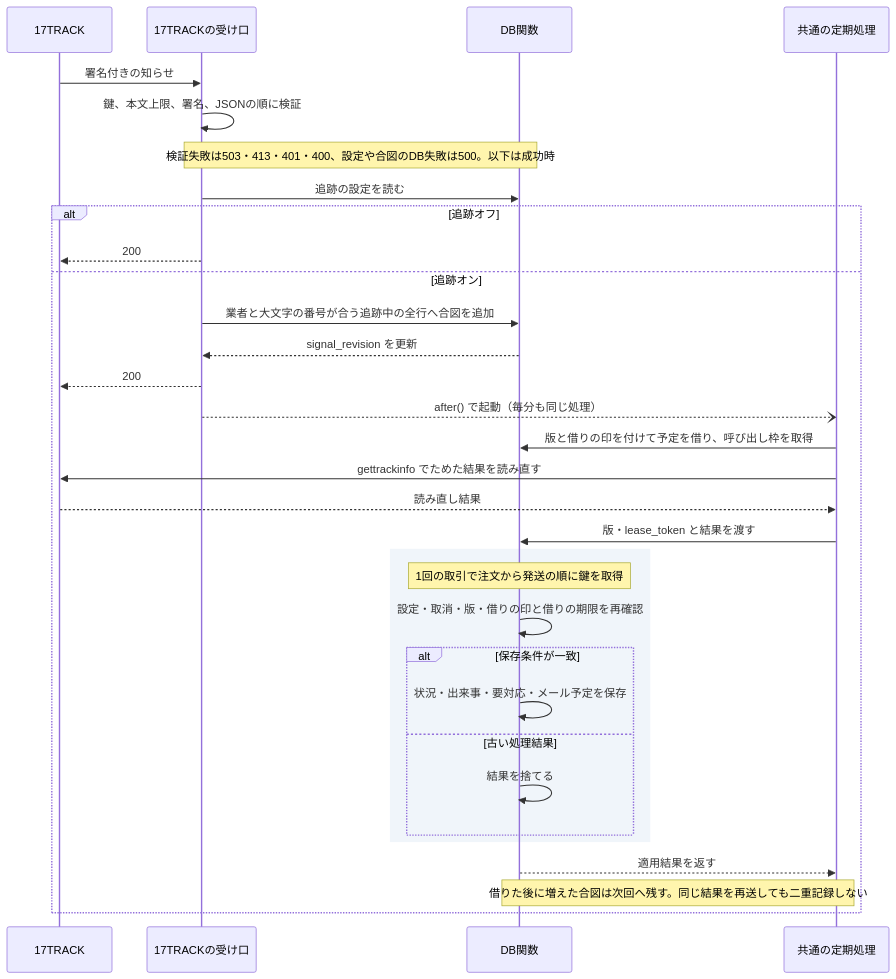
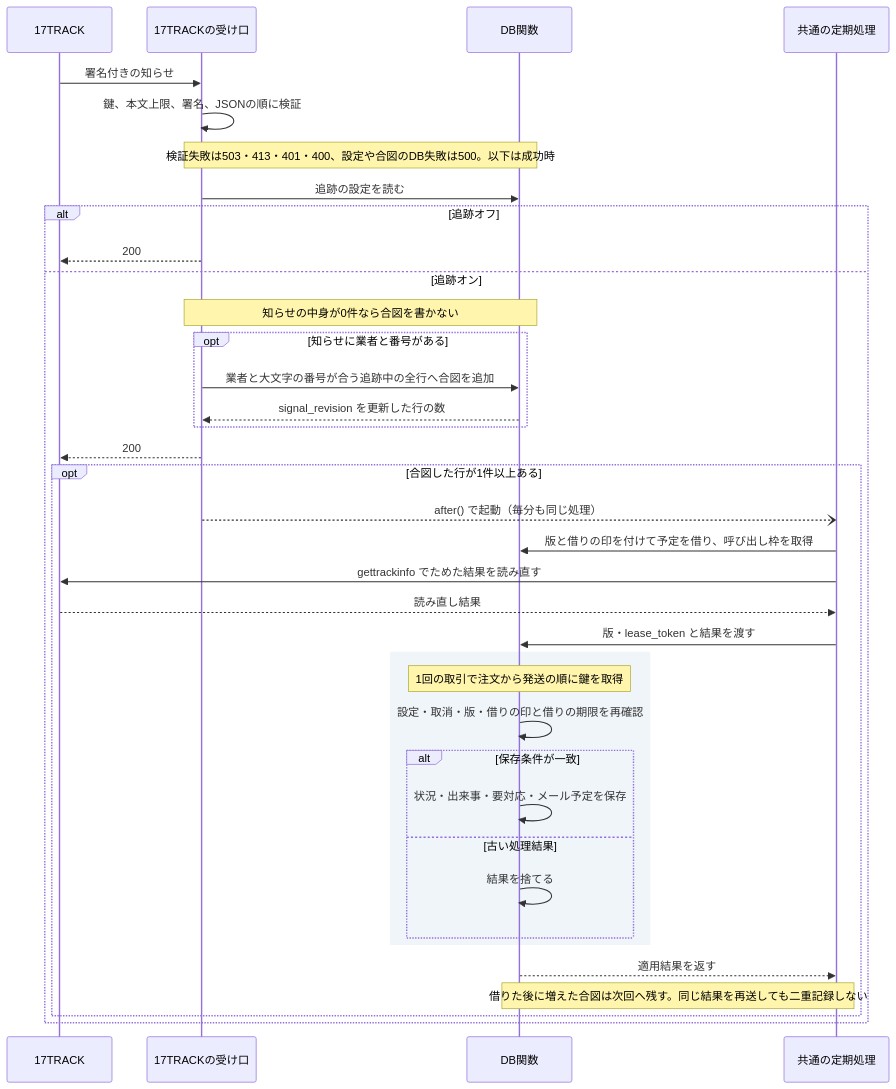
One commit to ChocoWork/o_official changed the third of 3 diagrams in docs/04_DetailDesign/sequence/stripe-webhooks.md. Above: the diagram before and after it, drawn with Mermaid. The commit also changed other lines of this file and 9 other files, not shown here.

````diff
--- a/docs/04_DetailDesign/sequence/stripe-webhooks.md
+++ b/docs/04_DetailDesign/sequence/stripe-webhooks.md
@@ -295,34 +295,39 @@
 ```mermaid
 sequenceDiagram
   participant Provider as 17TRACK
   participant Route as 17TRACKの受け口
   participant DB as DB関数
   participant Worker as 共通の定期処理
   Provider->>Route: 署名付きの知らせ
   Route->>Route: 鍵、本文上限、署名、JSONの順に検証
   Note over Route,DB: 検証失敗は503・413・401・400、設定や合図のDB失敗は500。以下は成功時
   Route->>DB: 追跡の設定を読む
   alt 追跡オフ
     Route-->>Provider: 200
   else 追跡オン
-    Route->>DB: 業者と大文字の番号が合う追跡中の全行へ合図を追加
-    DB-->>Route: signal_revision を更新
+    Note over Route,DB: 知らせの中身が0件なら合図を書かない
+    opt 知らせに業者と番号がある
+      Route->>DB: 業者と大文字の番号が合う追跡中の全行へ合図を追加
+      DB-->>Route: signal_revision を更新した行の数
+    end
     Route-->>Provider: 200
-    Route--)Worker: after() で起動（毎分も同じ処理）
-    Worker->>DB: 版と借りの印を付けて予定を借り、呼び出し枠を取得
-    Worker->>Provider: gettrackinfo でためた結果を読み直す
-    Provider-->>Worker: 読み直し結果
-    Worker->>DB: 版・lease_token と結果を渡す
-    rect rgb(240, 245, 250)
-      Note over DB: 1回の取引で注文から発送の順に鍵を取得
-      DB->>DB: 設定・取消・版・借りの印と借りの期限を再確認
-      alt 保存条件が一致
-        DB->>DB: 状況・出来事・要対応・メール予定を保存
-      else 古い処理結果
-        DB->>DB: 結果を捨てる
+    opt 合図した行が1件以上ある
+      Route--)Worker: after() で起動（毎分も同じ処理）
+      Worker->>DB: 版と借りの印を付けて予定を借り、呼び出し枠を取得
+      Worker->>Provider: gettrackinfo でためた結果を読み直す
+      Provider-->>Worker: 読み直し結果
+      Worker->>DB: 版・lease_token と結果を渡す
+      rect rgb(240, 245, 250)
+        Note over DB: 1回の取引で注文から発送の順に鍵を取得
+        DB->>DB: 設定・取消・版・借りの印と借りの期限を再確認
+        alt 保存条件が一致
+          DB->>DB: 状況・出来事・要対応・メール予定を保存
+        else 古い処理結果
+          DB->>DB: 結果を捨てる
+        end
       end
+      DB-->>Worker: 適用結果を返す
+      Note over DB,Worker: 借りた後に増えた合図は次回へ残す。同じ結果を再送しても二重記録しない
     end
-    DB-->>Worker: 適用結果を返す
-    Note over DB,Worker: 借りた後に増えた合図は次回へ残す。同じ結果を再送しても二重記録しない
   end
 ```
````
